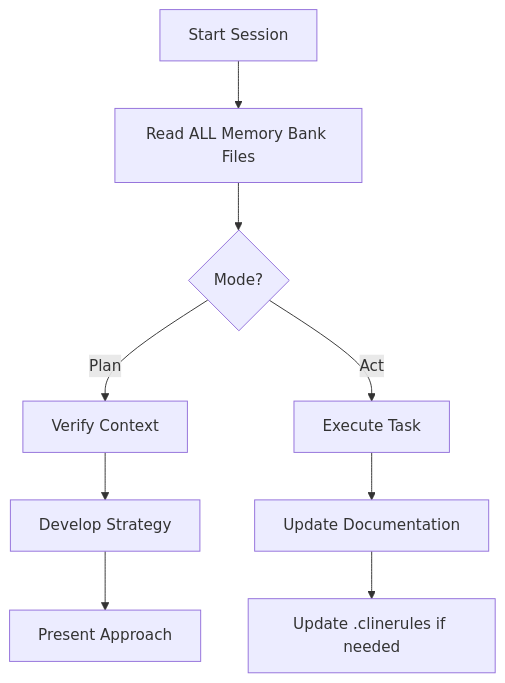
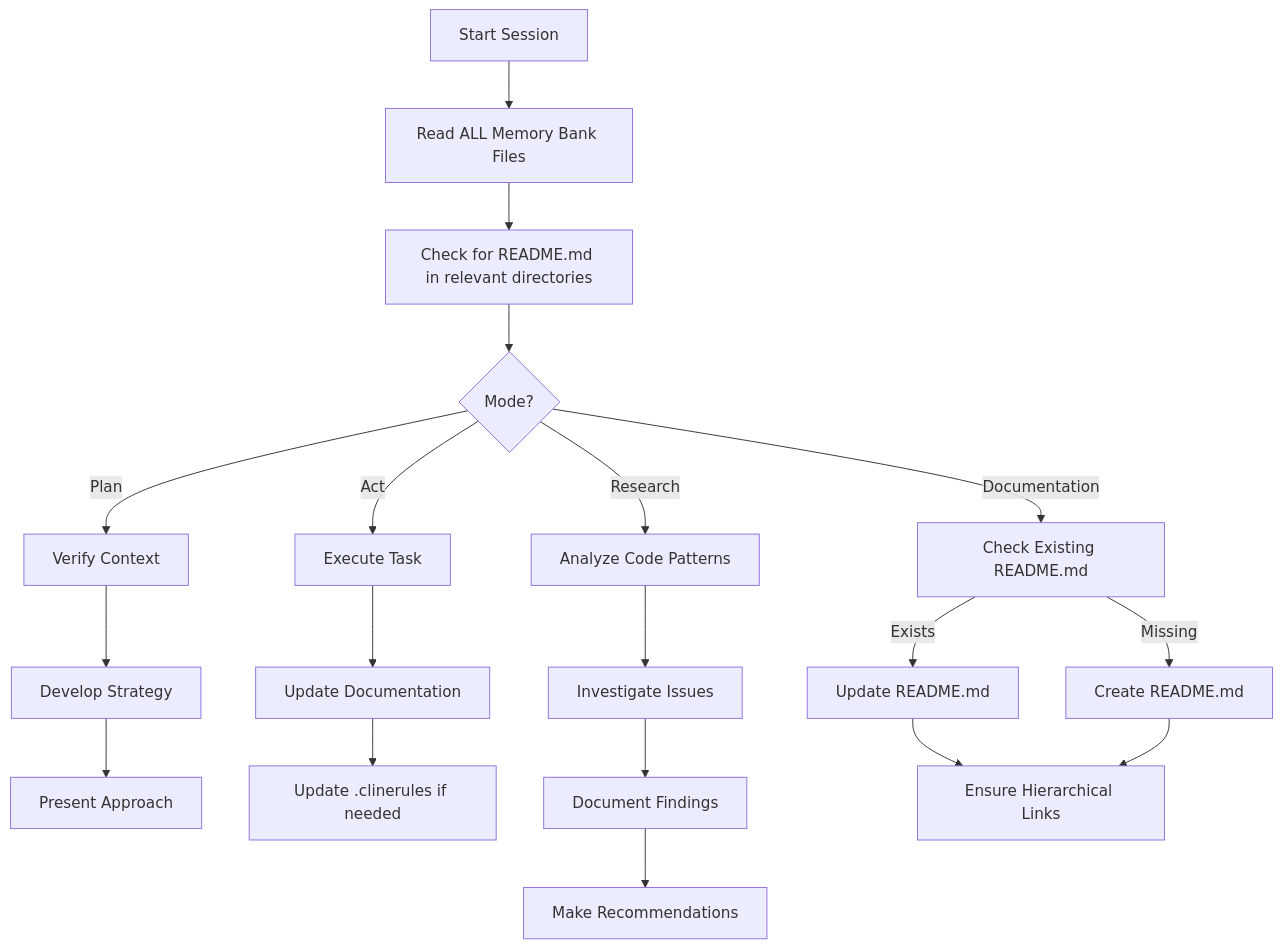
One commit to AstroMined/debtonator changed the third of 4 diagrams in docs/custom_instructions.md. Above: the diagram before and after it, drawn with Mermaid. The commit also changed other lines of this file and 8 other files, not shown here.

First line of the commit message:
Fix schema test failures for account and deposit schedule schemas (v0.5.125)

````diff
--- a/docs/custom_instructions.md
+++ b/docs/custom_instructions.md
@@ -66,13 +106,25 @@
 ```mermaid
 flowchart TD
     Start[Start Session] --> ReadFiles[Read ALL Memory Bank Files]
-    ReadFiles --> Mode{Mode?}
+    ReadFiles --> ReadME[Check for README.md in relevant directories]
+    ReadME --> Mode{Mode?}
     
     Mode -->|Plan| Verify[Verify Context]
     Verify --> Strategy[Develop Strategy]
     Strategy --> Present[Present Approach]
     
     Mode -->|Act| Execute[Execute Task]
     Execute --> Update[Update Documentation]
     Update --> UpdateRules[Update .clinerules if needed]
+    
+    Mode -->|Research| Analyze[Analyze Code Patterns]
+    Analyze --> Investigate[Investigate Issues]
+    Investigate --> Document[Document Findings]
+    Document --> Recommend[Make Recommendations]
+    
+    Mode -->|Documentation| CheckREADME[Check Existing README.md]
+    CheckREADME -->|Exists| UpdateREADME[Update README.md]
+    CheckREADME -->|Missing| CreateREADME[Create README.md]
+    UpdateREADME --> EnsureLinks[Ensure Hierarchical Links]
+    CreateREADME --> EnsureLinks
 ```
````
